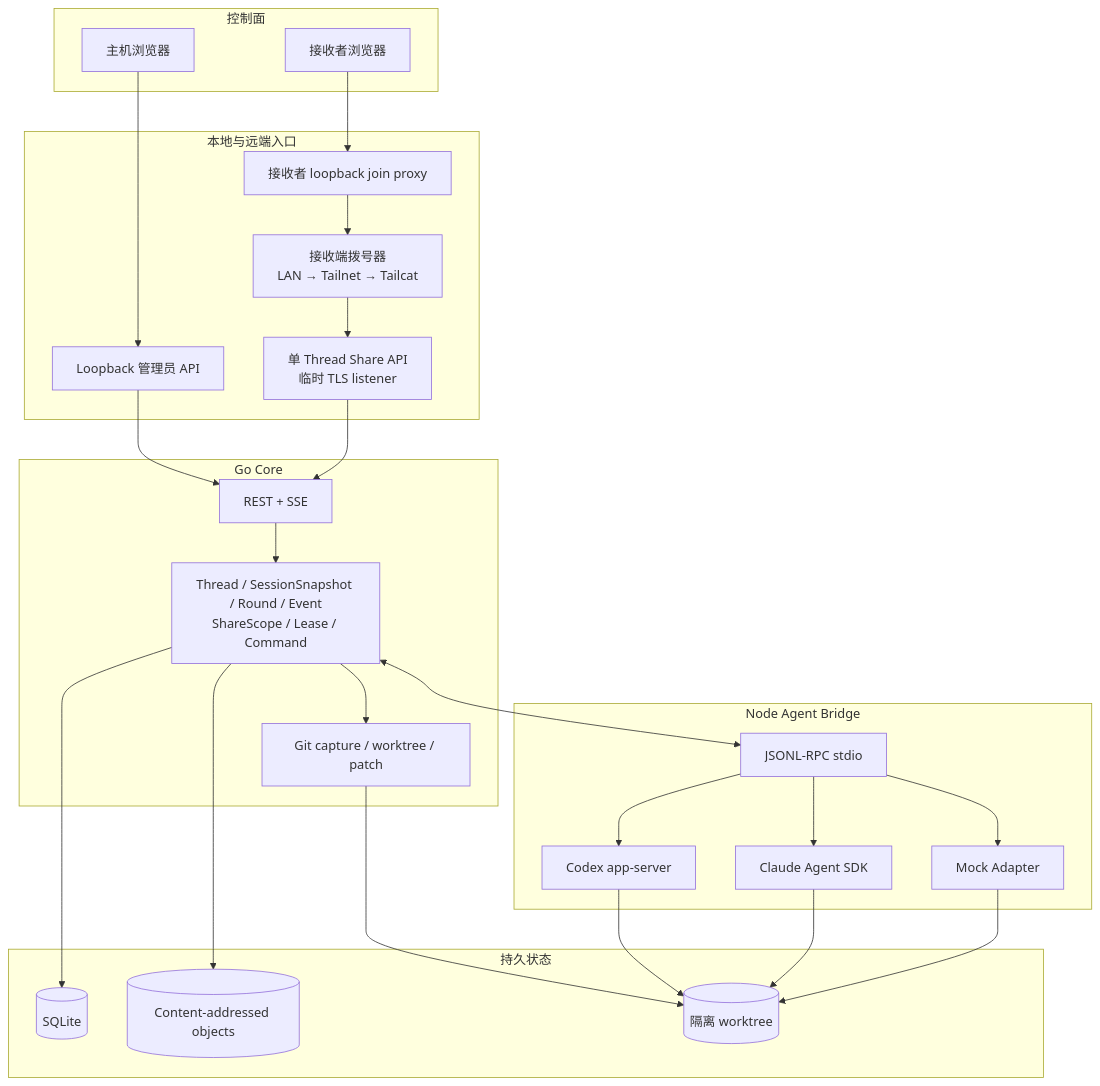
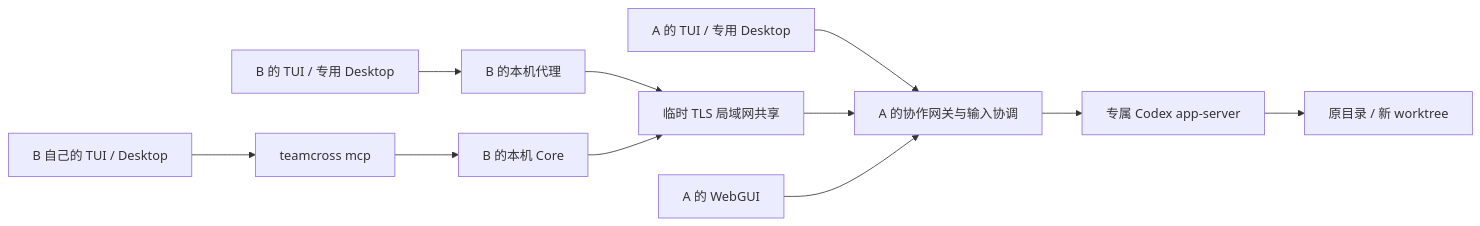
Before and after one commit to YTwsy/Team-Cross: the diagram in docs/architecture.md, drawn with Mermaid. The commit also changed other lines of this file and 254 other files, not shown here.

Commit message:
重构 Codex 原生会话协作实验并重建 WebGUI

````diff
--- a/docs/architecture.md
+++ b/docs/architecture.md
@@ -52,52 +5,13 @@
 ```mermaid
-flowchart TB
-    subgraph UI[控制面]
-        HO[主机浏览器]
-        RO[接收者浏览器]
-    end
-
-    subgraph ENTRY[本地与远端入口]
-        ADMIN[Loopback 管理员 API]
-        PROXY[接收者 loopback join proxy]
-        ROUTE[接收端拨号器<br/>LAN → Tailnet → Tailcat]
-        SHARE[单 Thread Share API<br/>临时 TLS listener]
-    end
-
-    subgraph CORE[Go Core]
-        HTTP[REST + SSE]
-        MODEL[Thread / SessionSnapshot / Round / Event<br/>ShareScope / Lease / Command]
-        GIT[Git capture / worktree / patch]
-    end
-
-    subgraph STATE[持久状态]
-        DB[(SQLite)]
-        CAS[(Content-addressed objects)]
-        WT[(隔离 worktree)]
-    end
-
-    subgraph AGENT[Node Agent Bridge]
-        RPC[JSONL-RPC stdio]
-        CODEX[Codex app-server]
-        CLAUDE[Claude Agent SDK]
-        MOCK[Mock Adapter]
-    end
-
-    HO --> ADMIN
-    RO --> PROXY
-    PROXY --> ROUTE
-    ROUTE --> SHARE
-    ADMIN --> HTTP
-    SHARE --> HTTP
-    HTTP --> MODEL
-    MODEL --> DB
-    MODEL --> CAS
-    MODEL --> GIT
-    GIT --> WT
-    MODEL <--> RPC
-    RPC --> CODEX
-    RPC --> CLAUDE
-    RPC --> MOCK
-    CODEX --> WT
-    CLAUDE --> WT
-    MOCK --> WT
+flowchart LR
+  AT[A 的 TUI / 专用 Desktop] --> AG
+  BT[B 的 TUI / 专用 Desktop] --> BP[B 的本机代理]
+  BM[B 自己的 TUI / Desktop] --> MCP[teamcross mcp]
+  MCP --> BC[B 的本机 Core]
+  BP --> LAN[临时 TLS 局域网共享]
+  BC --> LAN
+  LAN --> AG[A 的协作网关与输入协调]
+  AW[A 的 WebGUI] --> AG
+  AG --> AS[专属 Codex app-server]
+  AS --> FS[原目录 / 新 worktree]
 ```
````
